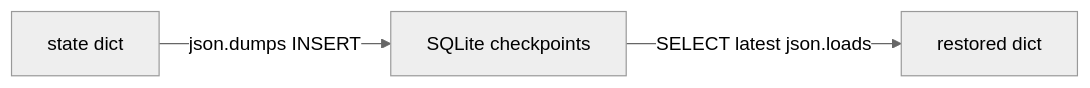
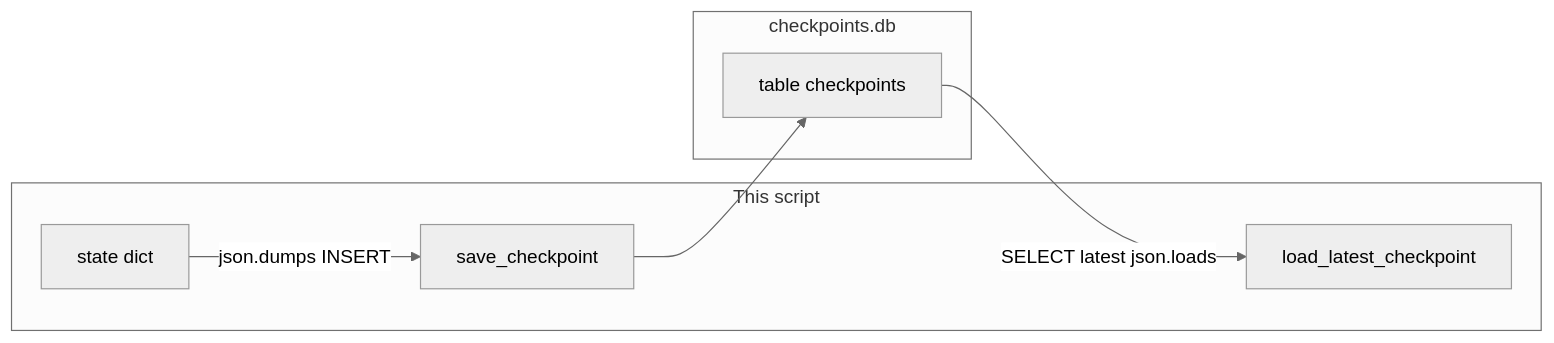
Before and after one commit to jacobbweber/AgenticAI-Labs: the diagram in education/05_the_state/lab2_state_checkpointer.md, drawn with Mermaid (neutral theme). The commit also changed other lines of this file, not shown here.

Commit message:
Rewrite 05 lab2 checkpointer brief to the lab template

````diff
--- a/education/05_the_state/lab2_state_checkpointer.md
+++ b/education/05_the_state/lab2_state_checkpointer.md
@@ -27,5 +16,14 @@
 ```mermaid
 flowchart LR
-    A["state dict"] -->|"json.dumps INSERT"| B["SQLite checkpoints"]
-    B -->|"SELECT latest json.loads"| C["restored dict"]
+    subgraph lab2_state_script [This script]
+        ST["state dict"]
+        SAVE["save_checkpoint"]
+        LOAD["load_latest_checkpoint"]
+    end
+    subgraph lab2_state_db [checkpoints.db]
+        TBL["table checkpoints"]
+    end
+    ST -->|"json.dumps INSERT"| SAVE
+    SAVE --> TBL
+    TBL -->|"SELECT latest json.loads"| LOAD
 ```
````
